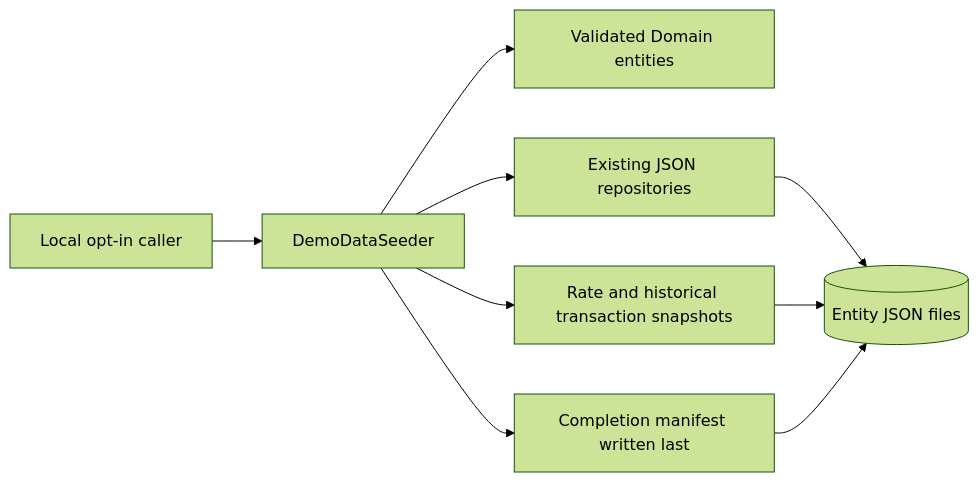
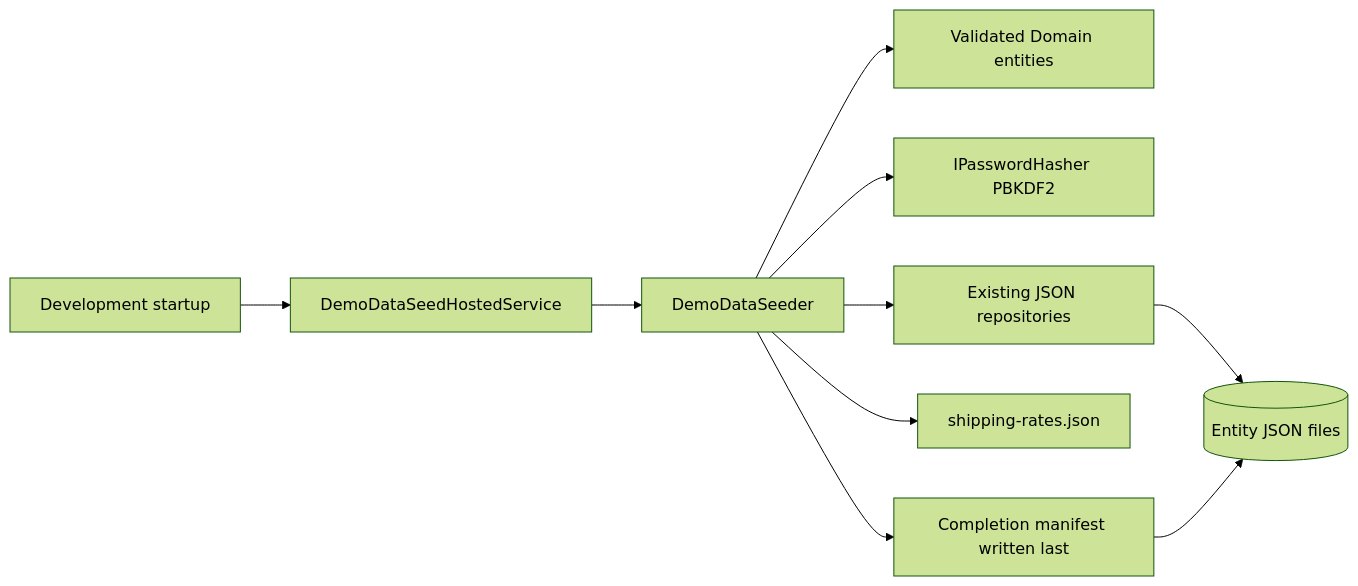
Diagram 12 of 32 in DESIGN.md (NarendraDappili/ApexPostLogisticsRepo), drawn with Mermaid (forest theme) before and after one commit. The commit also changed other lines of this file and 101 other files, not shown here.

````diff
--- a/DESIGN.md
+++ b/DESIGN.md
@@ -189,11 +187,12 @@
 ```mermaid
 flowchart LR
-    Caller[Local opt-in caller] --> Seeder[DemoDataSeeder]
+    Host[Development startup] --> Hosted[DemoDataSeedHostedService]
+    Hosted --> Seeder[DemoDataSeeder]
     Seeder --> Domain[Validated Domain entities]
+    Seeder --> Hasher[IPasswordHasher PBKDF2]
     Seeder --> Repositories[Existing JSON repositories]
-    Seeder --> Snapshots[Rate and historical transaction snapshots]
+    Seeder --> Rates[shipping-rates.json]
     Repositories --> Files[(Entity JSON files)]
-    Snapshots --> Files
     Seeder --> Manifest[Completion manifest written last]
     Manifest --> Files
 ```
````
